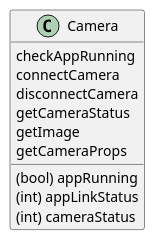
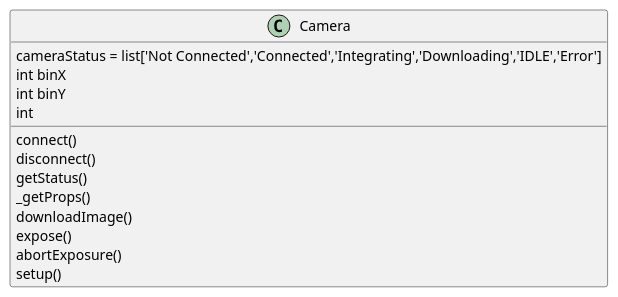
Before and after one commit to sayitfast/MountWizzard3: the diagram in uml/camera_base.puml, drawn with PlantUML.

Commit message:
bugfixes

```diff
--- a/uml/camera_base.puml
+++ b/uml/camera_base.puml
@@ -1,16 +1,18 @@
 @startuml
 
 class Camera {
-checkAppRunning
-connectCamera
-disconnectCamera
-getCameraStatus
-getImage
-getCameraProps
-
-(bool) appRunning
-(int) appLinkStatus
-(int) cameraStatus
+cameraStatus = list['Not Connected','Connected','Integrating','Downloading','IDLE','Error']
+int binX
+int binY
+int
+connect()
+disconnect()
+getStatus()
+_getProps()
+downloadImage()
+expose()
+abortExposure()
+setup()
 }
 
 @enduml
```
